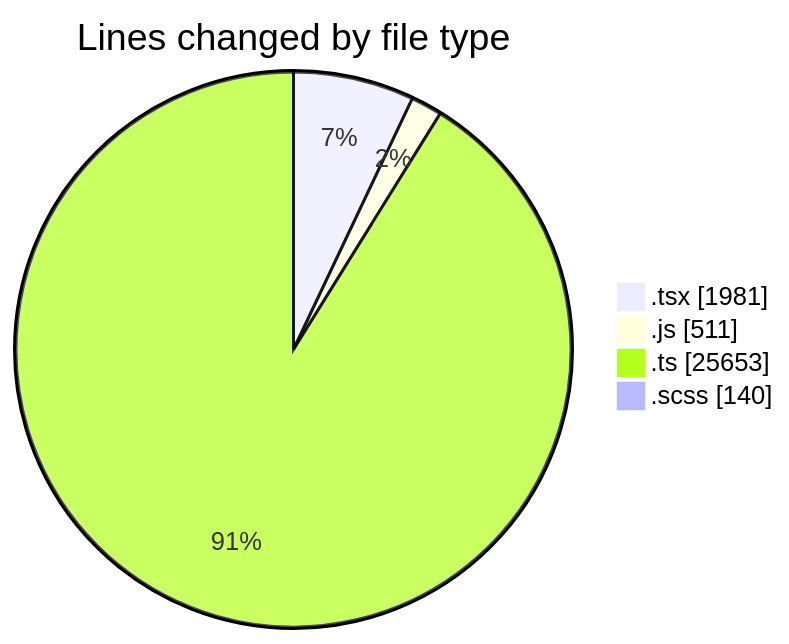
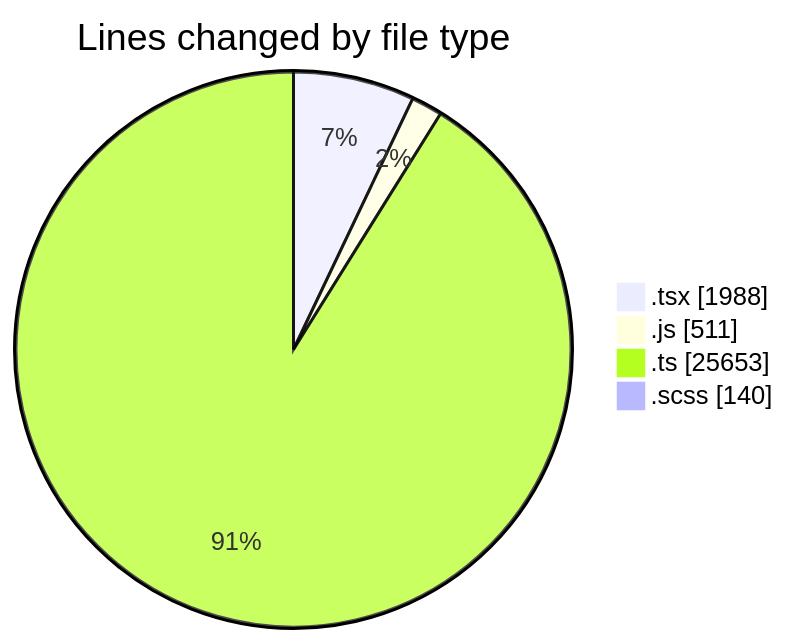
Before and after one commit to momahboobian/code-tracking: the first of 2 diagrams in 2025-06-30/cda/README.md, drawn with Mermaid. The commit also changed other lines of this file and 1 other file, not shown here.

````diff
--- a/2025-06-30/cda/README.md
+++ b/2025-06-30/cda/README.md
@@ -39,8 +39,8 @@
 ```mermaid
 pie showData
 title Lines changed by file type
-".tsx" : 1981
+".tsx" : 1988
 ".js" : 511
 ".ts" : 25653
 ".scss" : 140
 ```
````
